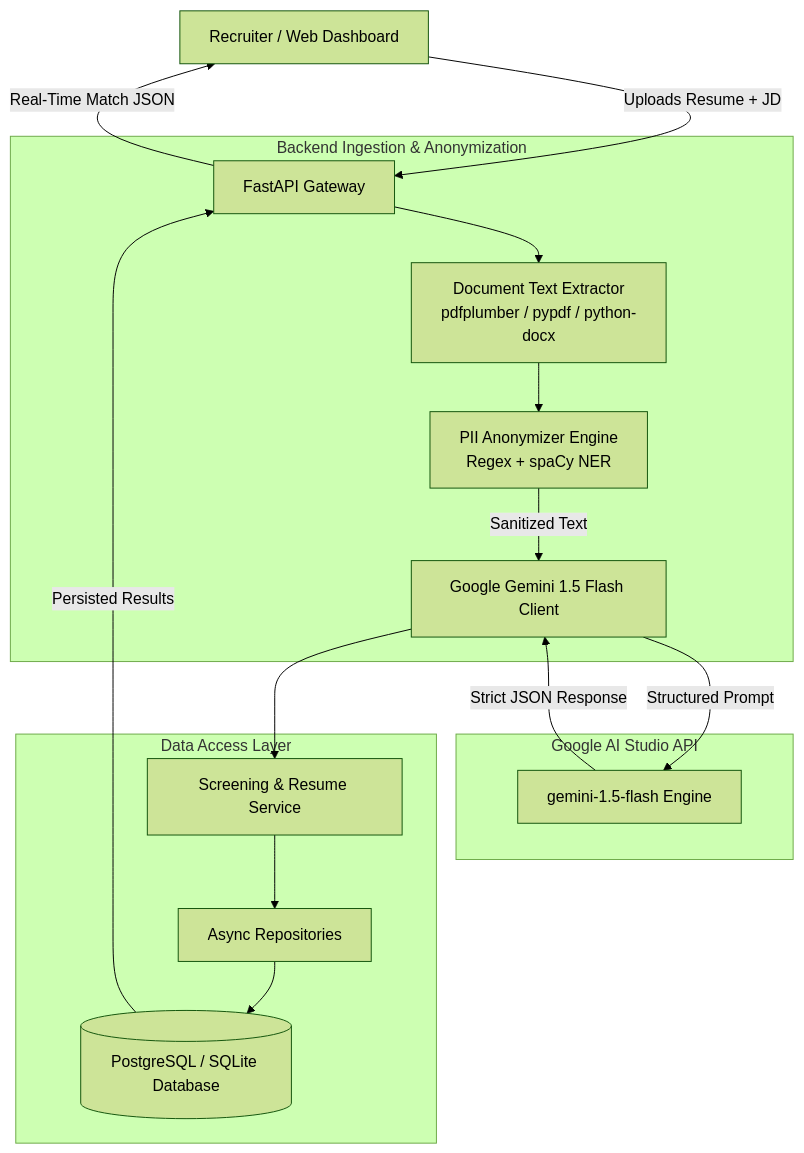
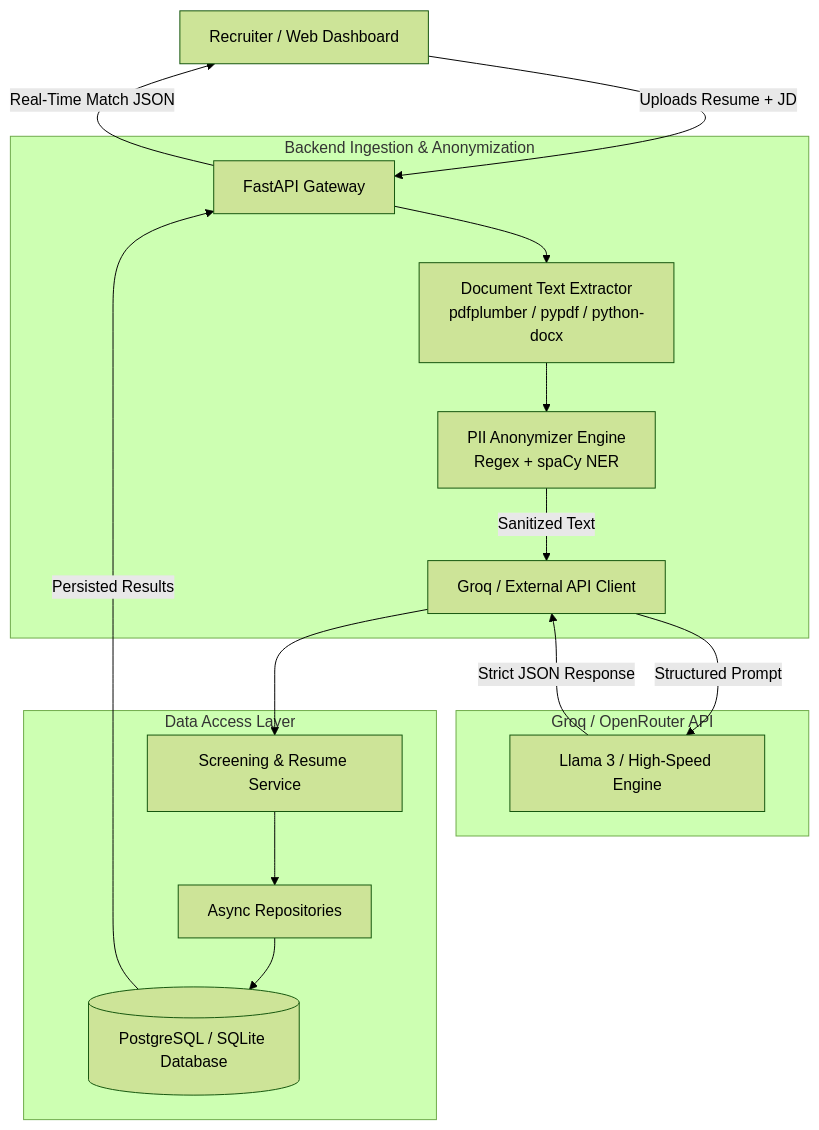
Before and after one commit to CodingSagnik/smart-resume-screener: the first of 2 diagrams in README.md, drawn with Mermaid (forest theme). The commit also changed other lines of this file, not shown here.

Commit message:
docs: update README to reflect Groq/Llama-3 architecture and OpenAI-compatible setup

````diff
--- a/README.md
+++ b/README.md
@@ -28,24 +28,24 @@
 ```mermaid
 flowchart TD
     Client[Recruiter / Web Dashboard] -->|Uploads Resume + JD| API[FastAPI Gateway]
     
     subgraph Backend_Processing [Backend Ingestion & Anonymization]
         API --> Extractor[Document Text Extractor<br/>pdfplumber / pypdf / python-docx]
         Extractor --> Redactor[PII Anonymizer Engine<br/>Regex + spaCy NER]
-        Redactor -->|Sanitized Text| GeminiClient[Google Gemini 1.5 Flash Client]
+        Redactor -->|Sanitized Text| LLMClient[Groq / External API Client]
     end
 
-    subgraph LLM_Intelligence [Google AI Studio API]
-        GeminiClient -->|Structured Prompt| GeminiModel[gemini-1.5-flash Engine]
-        GeminiModel -->|Strict JSON Response| GeminiClient
+    subgraph LLM_Intelligence [Groq / OpenRouter API]
+        LLMClient -->|Structured Prompt| AIModel[Llama 3 / High-Speed Engine]
+        AIModel -->|Strict JSON Response| LLMClient
     end
 
     subgraph Data_Persistence [Data Access Layer]
-        GeminiClient --> Service[Screening & Resume Service]
+        LLMClient --> Service[Screening & Resume Service]
         Service --> Repositories[Async Repositories]
         Repositories --> DB[(PostgreSQL / SQLite Database)]
     end
 
     DB -->|Persisted Results| API
     API -->|Real-Time Match JSON| Client
 ```
````
